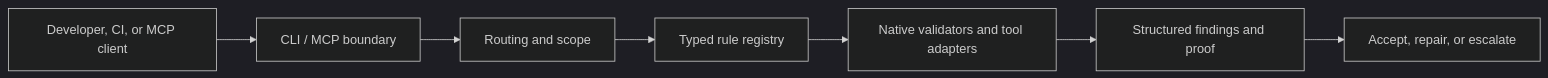
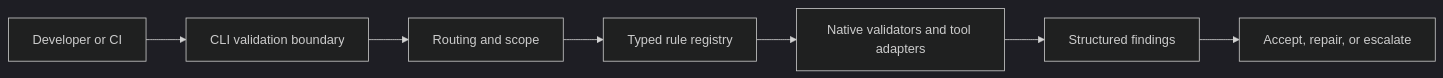
The diagram in README.md (ocentra/ocentra-enforcer), drawn with Mermaid (dark theme) before and after one commit. The commit also changed other lines of this file and 1360 other files, not shown here.

````diff
--- a/README.md
+++ b/README.md
@@ -35,9 +37,9 @@
 ```mermaid
 flowchart LR
-  A["Developer, CI, or MCP client"] --> B["CLI / MCP boundary"]
+  A["Developer or CI"] --> B["CLI validation boundary"]
   B --> C["Routing and scope"]
   C --> D["Typed rule registry"]
   D --> E["Native validators and tool adapters"]
-  E --> F["Structured findings and proof"]
+  E --> F["Structured findings"]
   F --> G["Accept, repair, or escalate"]
 ```
````
